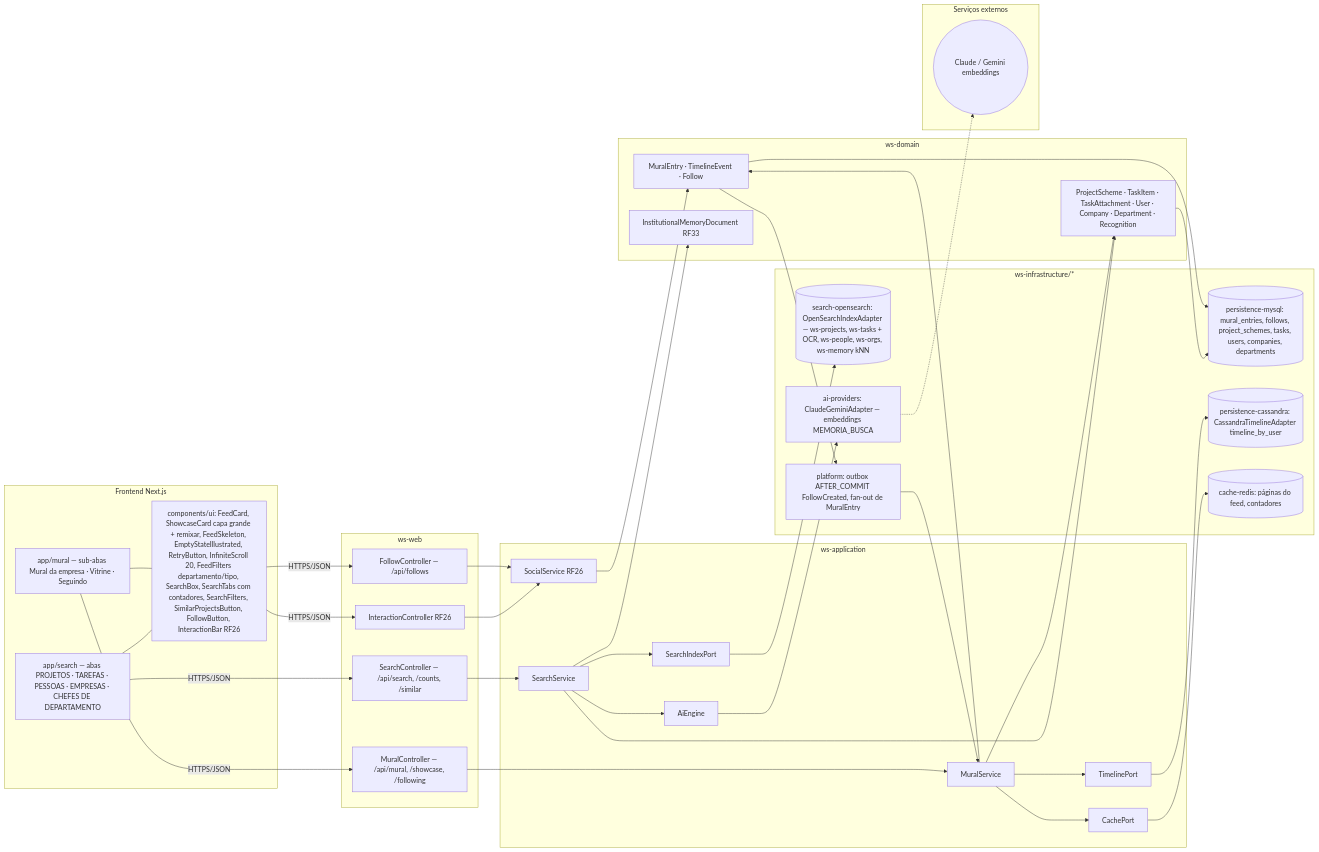
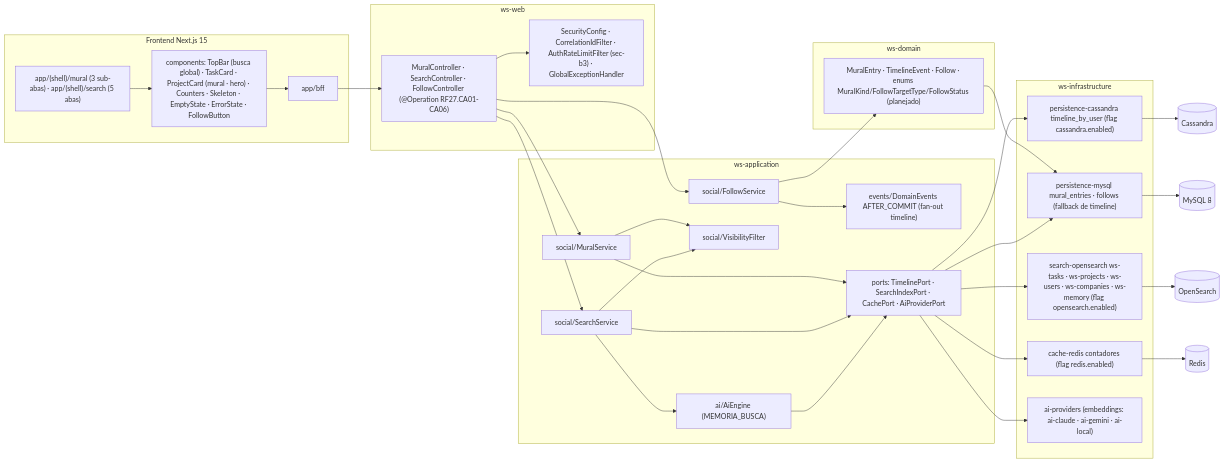
The fifth of 5 diagrams in docs/diagramas/RF27/README.md (MatheusHaliski/Decia-app-2026), drawn with Mermaid before and after one commit. The commit also changed other lines of this file and 5 other files, not shown here.

First line of the commit message:
docs(diagramas): reescreve RF24–RF29 (classes, atividades, sequência, estados, componentes)

````diff
--- a/docs/diagramas/RF27/README.md
+++ b/docs/diagramas/RF27/README.md
@@ -495,73 +397,50 @@
 ```mermaid
 flowchart LR
-  subgraph FE["Frontend Next.js"]
-    F1["app/mural — sub-abas Mural da empresa · Vitrine · Seguindo"]
-    F2["app/search — abas PROJETOS · TAREFAS · PESSOAS · EMPRESAS · CHEFES DE DEPARTAMENTO"]
-    F3["components/ui: FeedCard, ShowcaseCard capa grande + remixar, FeedSkeleton, EmptyStateIllustrated, RetryButton, InfiniteScroll 20, FeedFilters departamento/tipo, SearchBox, SearchTabs com contadores, SearchFilters, SimilarProjectsButton, FollowButton, InteractionBar RF26"]
+  subgraph FRONT["Frontend Next.js 15"]
+    R1["app/(shell)/mural (3 sub-abas) · app/(shell)/search (5 abas)"]
+    R2["components: TopBar (busca global) · TaskCard · ProjectCard (mural · hero) · Counters · Skeleton · EmptyState · ErrorState · FollowButton"]
+    BFF["app/bff"]
+    R1 --> R2 --> BFF
   end
-
   subgraph WEB["ws-web"]
-    C1["MuralController — /api/mural, /showcase, /following"]
-    C2["SearchController — /api/search, /counts, /similar"]
-    C3["FollowController — /api/follows"]
-    C4["InteractionController RF26"]
+    MC["MuralController · SearchController · FollowController (@Operation RF27.CA01-CA06)"]
+    SEC["SecurityConfig · CorrelationIdFilter · AuthRateLimitFilter (sec-b3) · GlobalExceptionHandler"]
   end
-
-  subgraph APP["ws-application"]
-    S1["MuralService"]
-    S2["SearchService"]
-    S3["SocialService RF26"]
-    S4["AiEngine"]
-    P1["SearchIndexPort"]
-    P2["TimelinePort"]
-    P3["CachePort"]
+  subgraph APPL["ws-application"]
+    MS["social/MuralService"]
+    SS["social/SearchService"]
+    FS["social/FollowService"]
+    VF["social/VisibilityFilter"]
+    AIE["ai/AiEngine (MEMORIA_BUSCA)"]
+    DE["events/DomainEvents AFTER_COMMIT (fan-out timeline)"]
+    PORTS["ports: TimelinePort · SearchIndexPort · CachePort · AiProviderPort"]
   end
-
   subgraph DOM["ws-domain"]
-    D1["MuralEntry · TimelineEvent · Follow"]
-    D2["ProjectScheme · TaskItem · TaskAttachment · User · Company · Department · Recognition"]
-    D3["InstitutionalMemoryDocument RF33"]
+    ENT["MuralEntry · TimelineEvent · Follow · enums MuralKind/FollowTargetType/FollowStatus (planejado)"]
   end
-
-  subgraph INFRA["ws-infrastructure/*"]
-    I1[("persistence-mysql: mural_entries, follows, project_schemes, tasks, users, companies, departments")]
-    I2[("persistence-cassandra: CassandraTimelineAdapter timeline_by_user")]
-    I3[("search-opensearch: OpenSearchIndexAdapter — ws-projects, ws-tasks + OCR, ws-people, ws-orgs, ws-memory kNN")]
-    I4[("cache-redis: páginas do feed, contadores")]
-    I5["ai-providers: ClaudeGeminiAdapter — embeddings MEMORIA_BUSCA"]
-    I6["platform: outbox AFTER_COMMIT FollowCreated, fan-out de MuralEntry"]
+  subgraph INFRA["ws-infrastructure"]
+    CASA["persistence-cassandra timeline_by_user (flag cassandra.enabled)"]
+    MY["persistence-mysql mural_entries · follows (fallback de timeline)"]
+    OSA["search-opensearch ws-tasks · ws-projects · ws-users · ws-companies · ws-memory (flag opensearch.enabled)"]
+    RD["cache-redis contadores (flag redis.enabled)"]
+    AIP["ai-providers (embeddings: ai-claude · ai-gemini · ai-local)"]
   end
-
-  subgraph EXT["Serviços externos"]
-    E1(("Claude / Gemini embeddings"))
-  end
-
-  F1 --- F3
-  F2 --- F3
-  F1 -->|"HTTPS/JSON"| C1
-  F2 -->|"HTTPS/JSON"| C2
-  F3 -->|"HTTPS/JSON"| C3
-  F3 -->|"HTTPS/JSON"| C4
-  C1 --> S1
-  C2 --> S2
-  C3 --> S3
-  C4 --> S3
-  S1 --> P2
-  S1 --> P3
-  S2 --> P1
-  S2 --> S4
-  S1 --> D1
-  S1 --> D2
-  S2 --> D2
-  S2 --> D3
-  S3 --> D1
-  D1 --> I1
-  D2 --> I1
-  D1 --> I6
-  I6 --> S1
-  P1 --> I3
-  P2 --> I2
-  P3 --> I4
-  S4 --> I5
-  I5 -.-> E1
+  BFF --> MC
+  MC --> SEC
+  MC --> MS
+  MC --> SS
+  MC --> FS
+  MS --> VF
+  SS --> VF
+  SS --> AIE
+  FS --> DE
+  MS --> PORTS
+  SS --> PORTS
+  AIE --> PORTS
+  FS --> ENT --> MY --> MYSQL[("MySQL 8")]
+  PORTS --> CASA --> CASS[("Cassandra")]
+  PORTS --> MY
+  PORTS --> OSA --> OPENS[("OpenSearch")]
+  PORTS --> RD --> REDIS[("Redis")]
+  PORTS --> AIP
 ```
````
